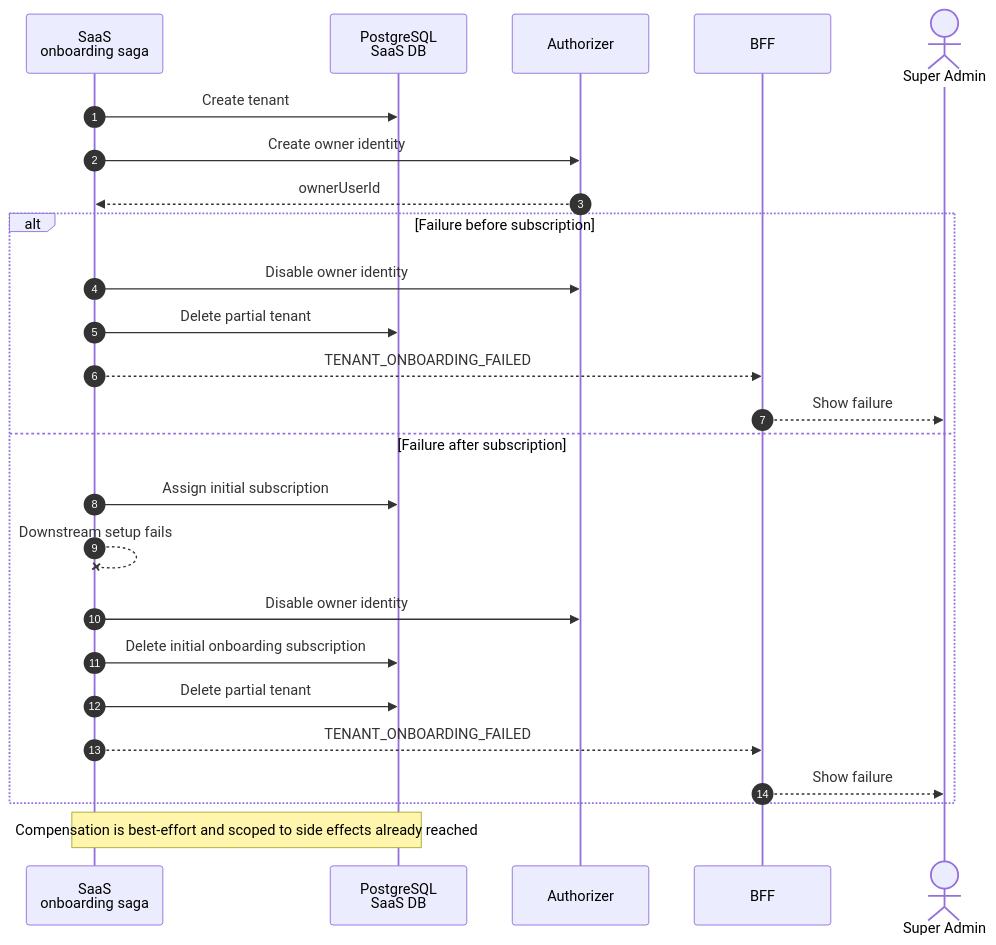
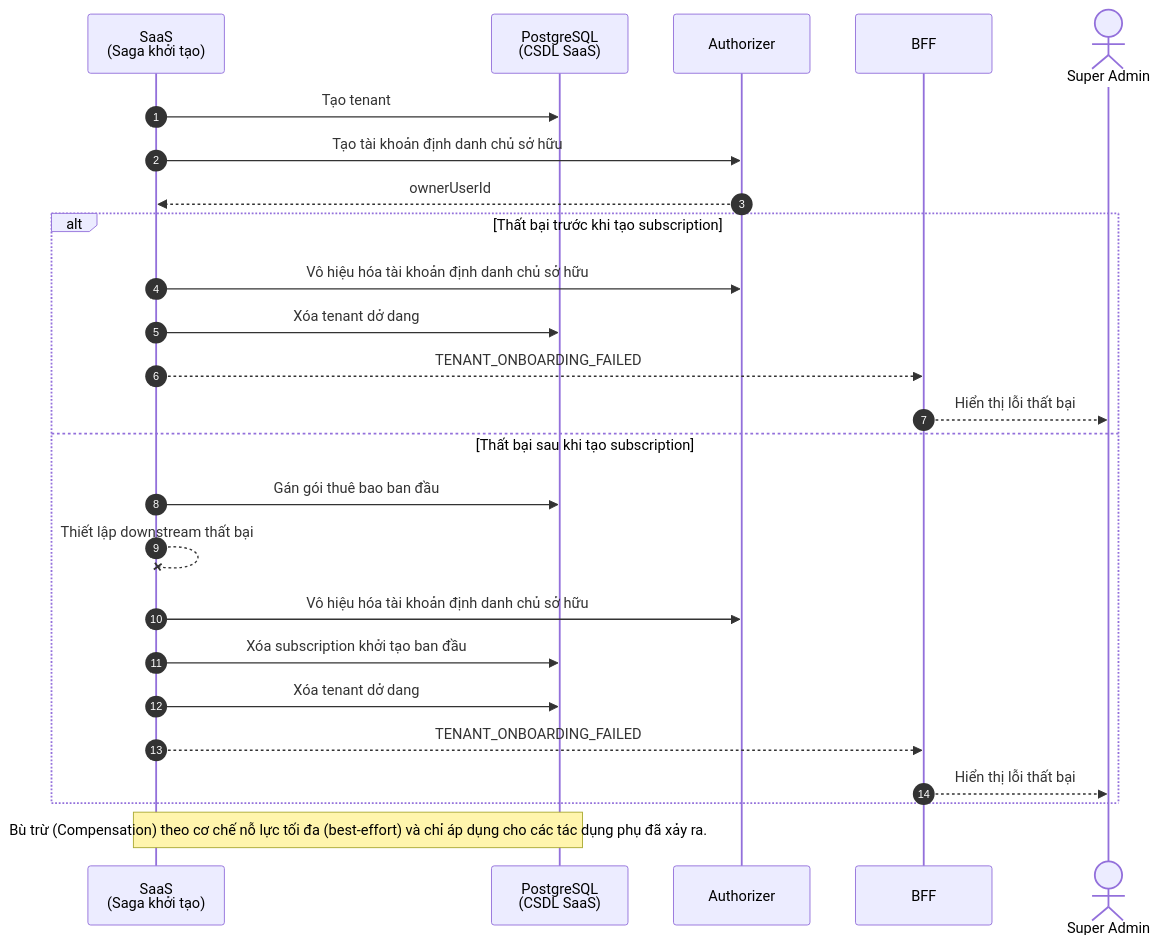
One commit to quan-vo-dinh/saas-pos-microservices-qrtable changed the diagram in docs/graduation-thesis-resources/thesis-report/assets/diagrams/chapter5-saas-onboarding-compensation.mmd. Above: the diagram before and after it, drawn with Mermaid. The commit also changed other lines of this file and 98 other files, not shown here.

```diff
--- a/docs/graduation-thesis-resources/thesis-report/assets/diagrams/chapter5-saas-onboarding-compensation.mmd
+++ b/docs/graduation-thesis-resources/thesis-report/assets/diagrams/chapter5-saas-onboarding-compensation.mmd
@@ -1,28 +1,28 @@
 sequenceDiagram
   autonumber
-  participant SaaS as SaaS<br/>onboarding saga
-  participant SDB as PostgreSQL<br/>SaaS DB
+  participant SaaS as SaaS<br/>(Saga khởi tạo)
+  participant SDB as PostgreSQL<br/>(CSDL SaaS)
   participant Authz as Authorizer
   participant BFF as BFF
   actor Admin as Super Admin
 
-  SaaS->>SDB: Create tenant
-  SaaS->>Authz: Create owner identity
+  SaaS->>SDB: Tạo tenant
+  SaaS->>Authz: Tạo tài khoản định danh chủ sở hữu
   Authz-->>SaaS: ownerUserId
 
-  alt Failure before subscription
-    SaaS->>Authz: Disable owner identity
-    SaaS->>SDB: Delete partial tenant
+  alt Thất bại trước khi tạo subscription
+    SaaS->>Authz: Vô hiệu hóa tài khoản định danh chủ sở hữu
+    SaaS->>SDB: Xóa tenant dở dang
     SaaS-->>BFF: TENANT_ONBOARDING_FAILED
-    BFF-->>Admin: Show failure
-  else Failure after subscription
-    SaaS->>SDB: Assign initial subscription
-    SaaS--xSaaS: Downstream setup fails
-    SaaS->>Authz: Disable owner identity
-    SaaS->>SDB: Delete initial onboarding subscription
-    SaaS->>SDB: Delete partial tenant
+    BFF-->>Admin: Hiển thị lỗi thất bại
+  else Thất bại sau khi tạo subscription
+    SaaS->>SDB: Gán gói thuê bao ban đầu
+    SaaS--xSaaS: Thiết lập downstream thất bại
+    SaaS->>Authz: Vô hiệu hóa tài khoản định danh chủ sở hữu
+    SaaS->>SDB: Xóa subscription khởi tạo ban đầu
+    SaaS->>SDB: Xóa tenant dở dang
     SaaS-->>BFF: TENANT_ONBOARDING_FAILED
-    BFF-->>Admin: Show failure
+    BFF-->>Admin: Hiển thị lỗi thất bại
   end
 
-  Note over SaaS,SDB: Compensation is best-effort and scoped to side effects already reached
+  Note over SaaS,SDB: Bù trừ (Compensation) theo cơ chế nỗ lực tối đa (best-effort) và chỉ áp dụng cho các tác dụng phụ đã xảy ra.
```
